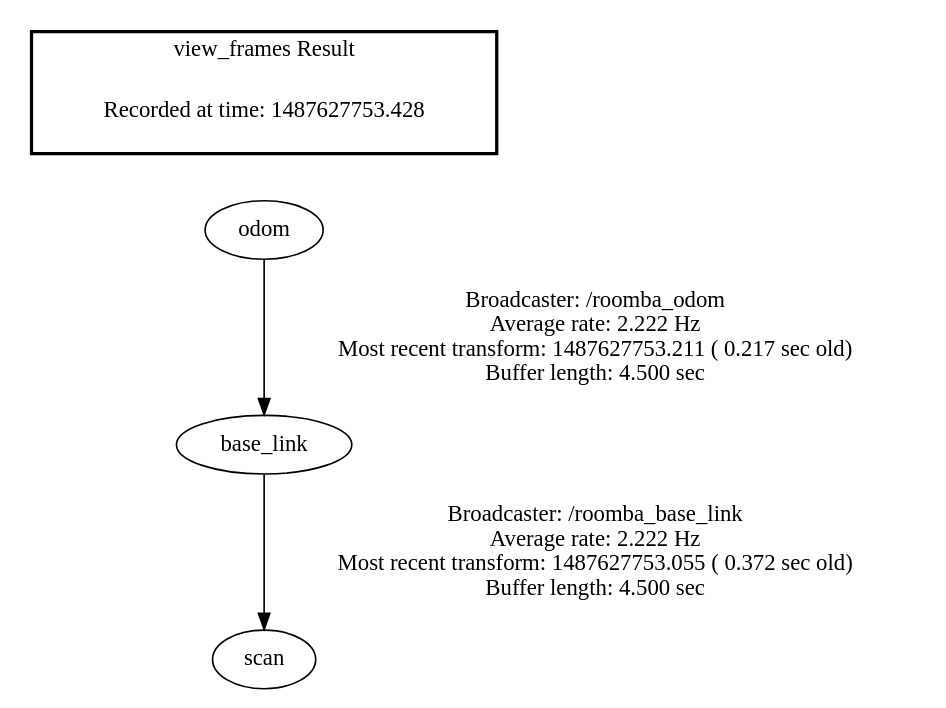
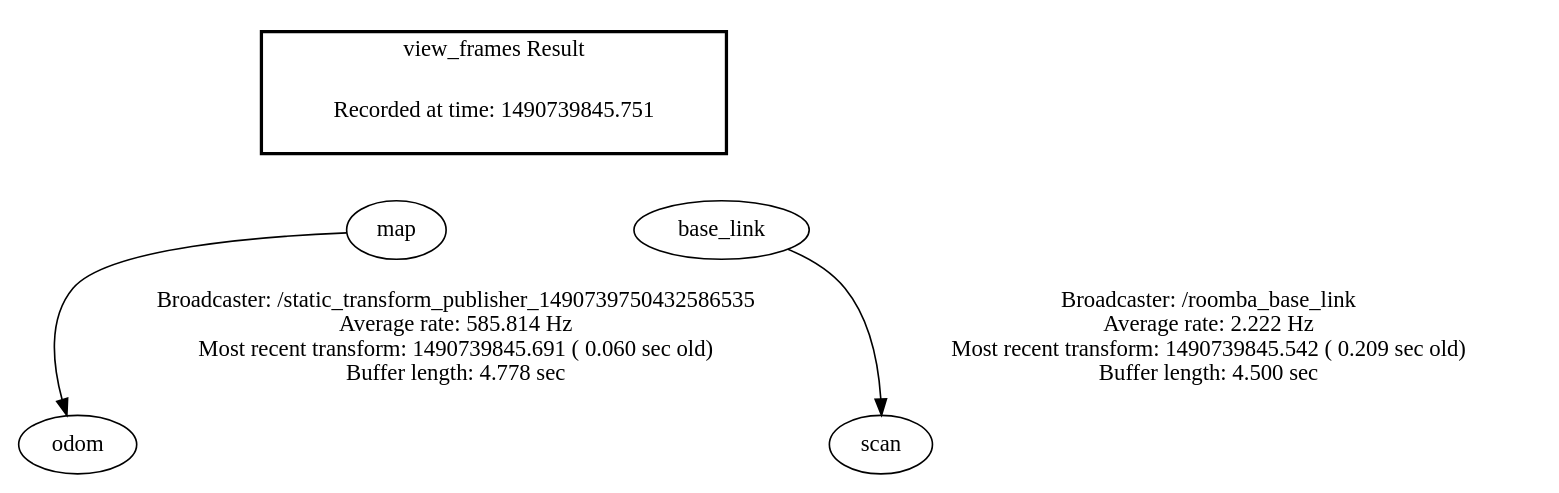
Before and after one commit to bakejeyner/Capstone: the diagram in frames.gv, drawn with Graphviz. The commit also changed 11 other files, not shown here.

```diff
--- a/frames.gv
+++ b/frames.gv
@@ -1,8 +1,12 @@
 digraph G {
-"base_link" -> "scan"[label="Broadcaster: /roomba_base_link\nAverage rate: 2.222 Hz\nMost recent transform: 1487627753.055 ( 0.372 sec old)\nBuffer length: 4.500 sec\n"];
-"odom" -> "base_link"[label="Broadcaster: /roomba_odom\nAverage rate: 2.222 Hz\nMost recent transform: 1487627753.211 ( 0.217 sec old)\nBuffer length: 4.500 sec\n"];
+"map" -> "odom"[label="Broadcaster: /static_transform_publisher_1490739750432586535\nAverage rate: 585.814 Hz\nMost recent transform: 1490739845.691 ( 0.060 sec old)\nBuffer length: 4.778 sec\n"];
+"base_link" -> "scan"[label="Broadcaster: /roomba_base_link\nAverage rate: 2.222 Hz\nMost recent transform: 1490739845.542 ( 0.209 sec old)\nBuffer length: 4.500 sec\n"];
 edge [style=invis];
  subgraph cluster_legend { style=bold; color=black; label ="view_frames Result";
-"Recorded at time: 1487627753.428"[ shape=plaintext ] ;
- }->"odom";
+"Recorded at time: 1490739845.751"[ shape=plaintext ] ;
+ }->"map";
+edge [style=invis];
+ subgraph cluster_legend { style=bold; color=black; label ="view_frames Result";
+"Recorded at time: 1490739845.751"[ shape=plaintext ] ;
+ }->"base_link";
 }
```
